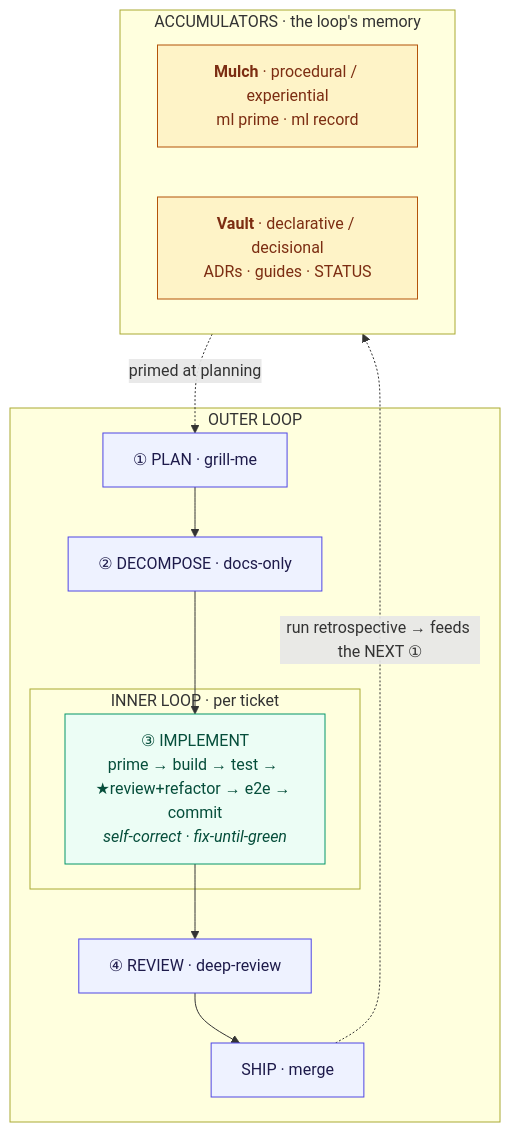
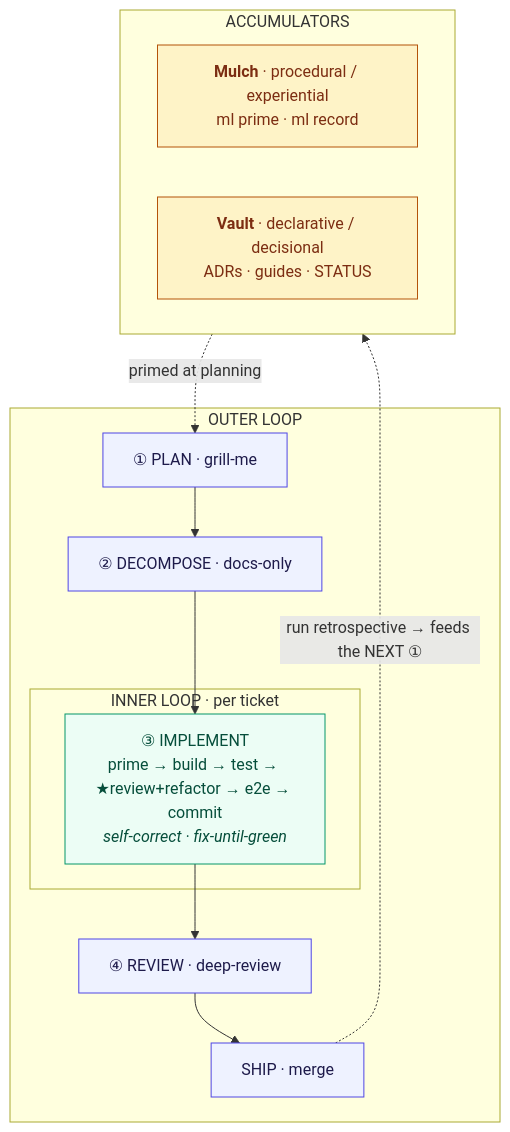
One commit to Void3110/spring-boot-starter-opa-abac changed the diagram in docs/methodology/AI-ENGINEERING-METHODOLOGY.md. Above: the diagram before and after it, drawn with Mermaid.

Commit message:
docs: trim the last wrapping subgraph title (ACCUMULATORS)
The top subgraph title 'ACCUMULATORS · the loop's memory' still wrapped to two
lines in Obsidian and clipped behind the first child box. Shorten it to just
'ACCUMULATORS' (like the other two titles) so it stays on one line; the
'read at ①, written at ③④' detail is already in the caption above the diagram.

````diff
--- a/docs/methodology/AI-ENGINEERING-METHODOLOGY.md
+++ b/docs/methodology/AI-ENGINEERING-METHODOLOGY.md
@@ -36,27 +36,27 @@
 ```mermaid
 flowchart TB
     subgraph OUTER["OUTER LOOP"]
         P["① PLAN · grill-me"] --> D["② DECOMPOSE · docs-only"]
         D --> I
         I --> R["④ REVIEW · deep-review"]
         R --> S["SHIP · merge"]
         subgraph INNER["INNER LOOP · per ticket"]
             I["③ IMPLEMENT<br/>prime → build → test → ★review+refactor → e2e → commit<br/><i>self-correct · fix-until-green</i>"]
         end
     end
 
-    subgraph ACC["ACCUMULATORS · the loop's memory"]
+    subgraph ACC["ACCUMULATORS"]
         M["<b>Mulch</b> · procedural / experiential<br/>ml prime · ml record"]
         V["<b>Vault</b> · declarative / decisional<br/>ADRs · guides · STATUS"]
     end
 
     S -. "run retrospective → feeds the NEXT ①" .-> ACC
     ACC -. "primed at planning" .-> P
 
     classDef phase fill:#eef2ff,stroke:#4f46e5,color:#1e1b4b;
     classDef inner fill:#ecfdf5,stroke:#059669,color:#064e3b;
     classDef acc fill:#fef3c7,stroke:#b45309,color:#7c2d12;
     class P,D,R,S phase;
     class I inner;
     class M,V acc;
 ```
````
